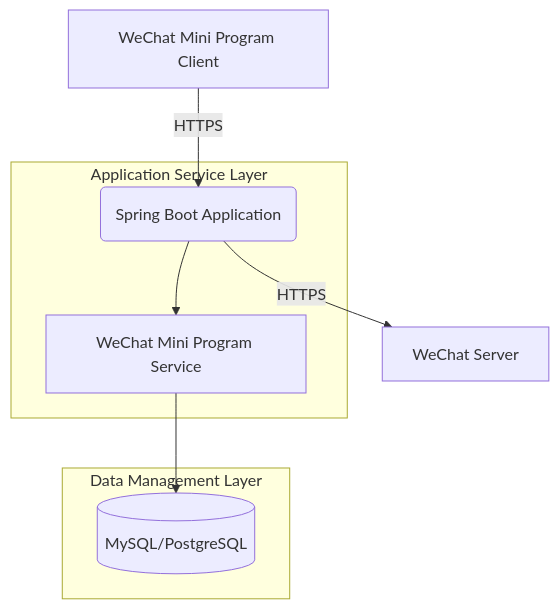
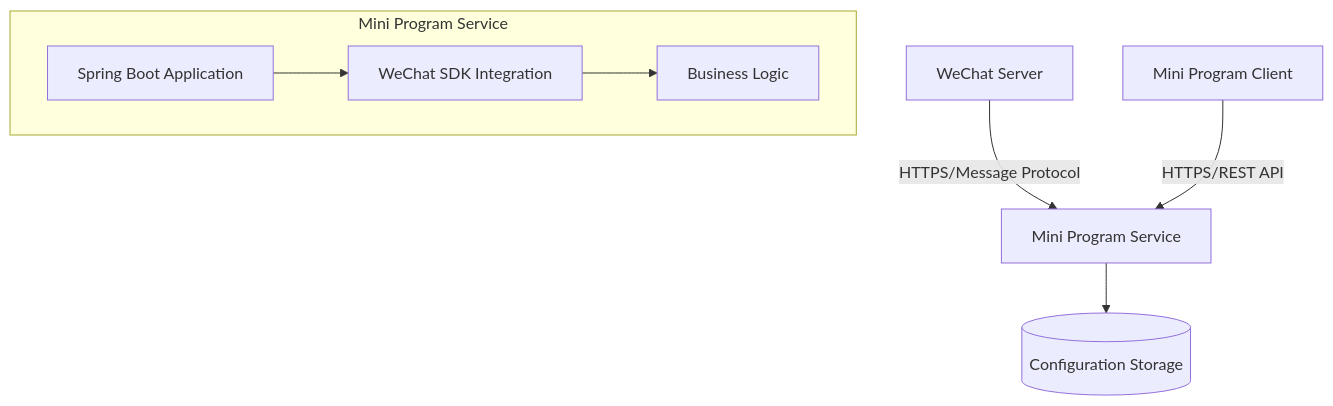
The diagram in docs/en/summary/system_architecture.md (v-wjrong/imrrong_weixin-java-miniapp-demo), drawn with Mermaid before and after one commit. The commit also changed other lines of this file and 37 other files, not shown here.

````diff
--- a/docs/en/summary/system_architecture.md
+++ b/docs/en/summary/system_architecture.md
@@ -51,11 +75,13 @@
 ```mermaid
 graph TD
-    A[WeChat Mini Program Client] -- HTTPS --> B(Spring Boot Application)
-    B -- HTTPS --> C[WeChat Server]
-    subgraph Application Service Layer
-        B --> D[WeChat Mini Program Service]
+    A[WeChat Server] -- HTTPS/Message Protocol --> B[Mini Program Service]
+    C[Mini Program Client] -- HTTPS/REST API --> B
+    subgraph Mini Program Service
+        D[Spring Boot Application]
+        E[WeChat SDK Integration]
+        F[Business Logic]
     end
-    subgraph Data Management Layer
-        D --> E[(MySQL/PostgreSQL)]
-    end
+    D --> E
+    E --> F
+    B --> G[(Configuration Storage)]
 ```
````
